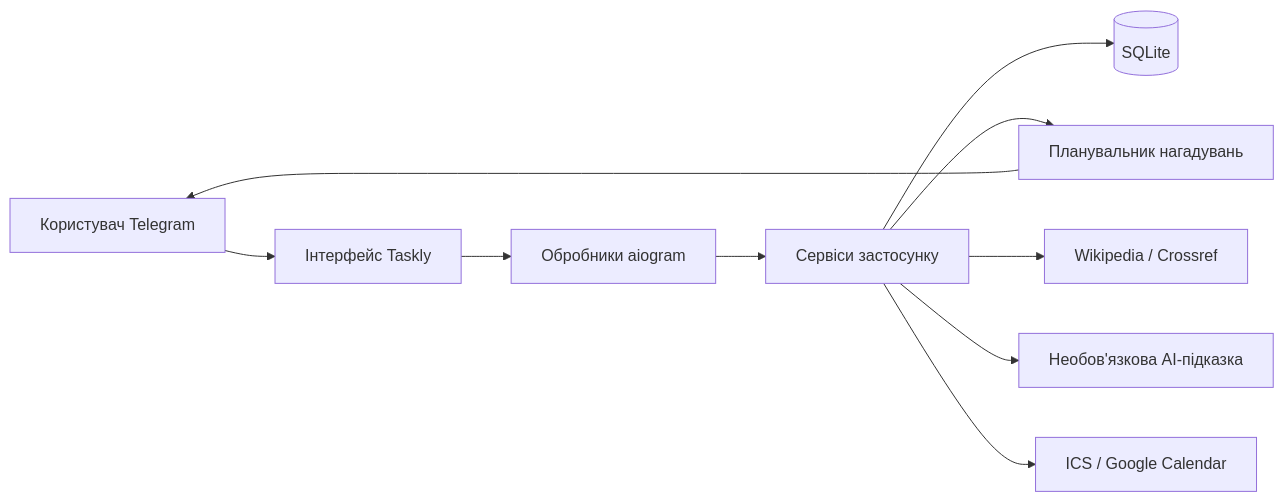
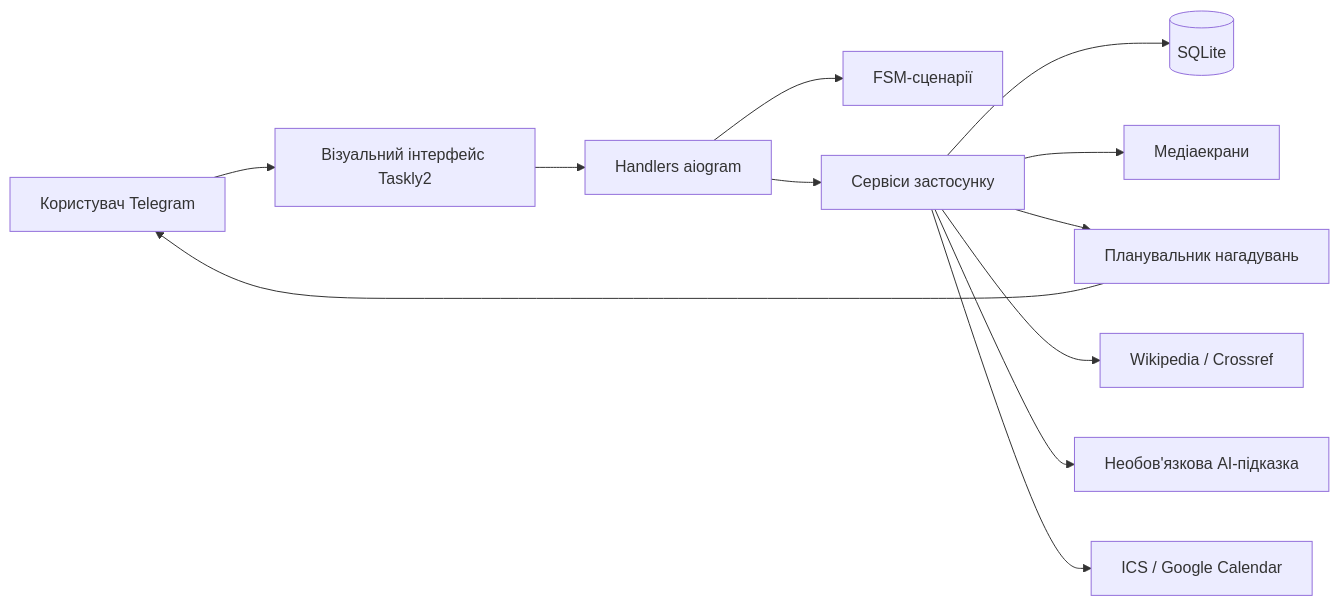
One commit to JeanShain/Taskly2 changed the diagram in README.md. Above: the diagram before and after it, drawn with Mermaid. The commit also changed other lines of this file and 1 other file, not shown here.

````diff
--- a/README.md
+++ b/README.md
@@ -96,12 +114,14 @@
 ```mermaid
 flowchart LR
-    U[Користувач Telegram] --> B[Інтерфейс Taskly]
-    B --> H[Обробники aiogram]
+    U[Користувач Telegram] --> B[Візуальний інтерфейс Taskly2]
+    B --> H[Handlers aiogram]
+    H --> FSM[FSM-сценарії]
     H --> S[Сервіси застосунку]
     S --> DB[(SQLite)]
+    S --> UI[Медіаекрани]
     S --> R[Планувальник нагадувань]
     S --> SRC[Wikipedia / Crossref]
     S --> AI[Необов'язкова AI-підказка]
     S --> CAL[ICS / Google Calendar]
     R --> U
 ```
````
